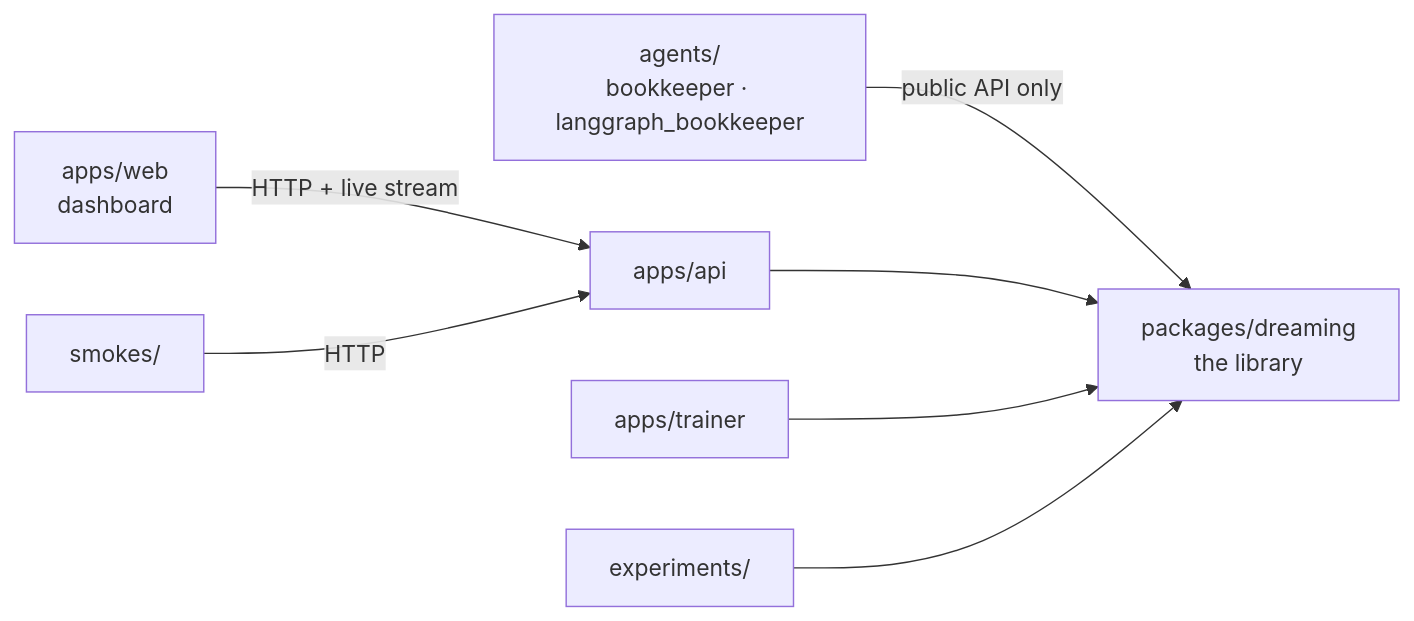
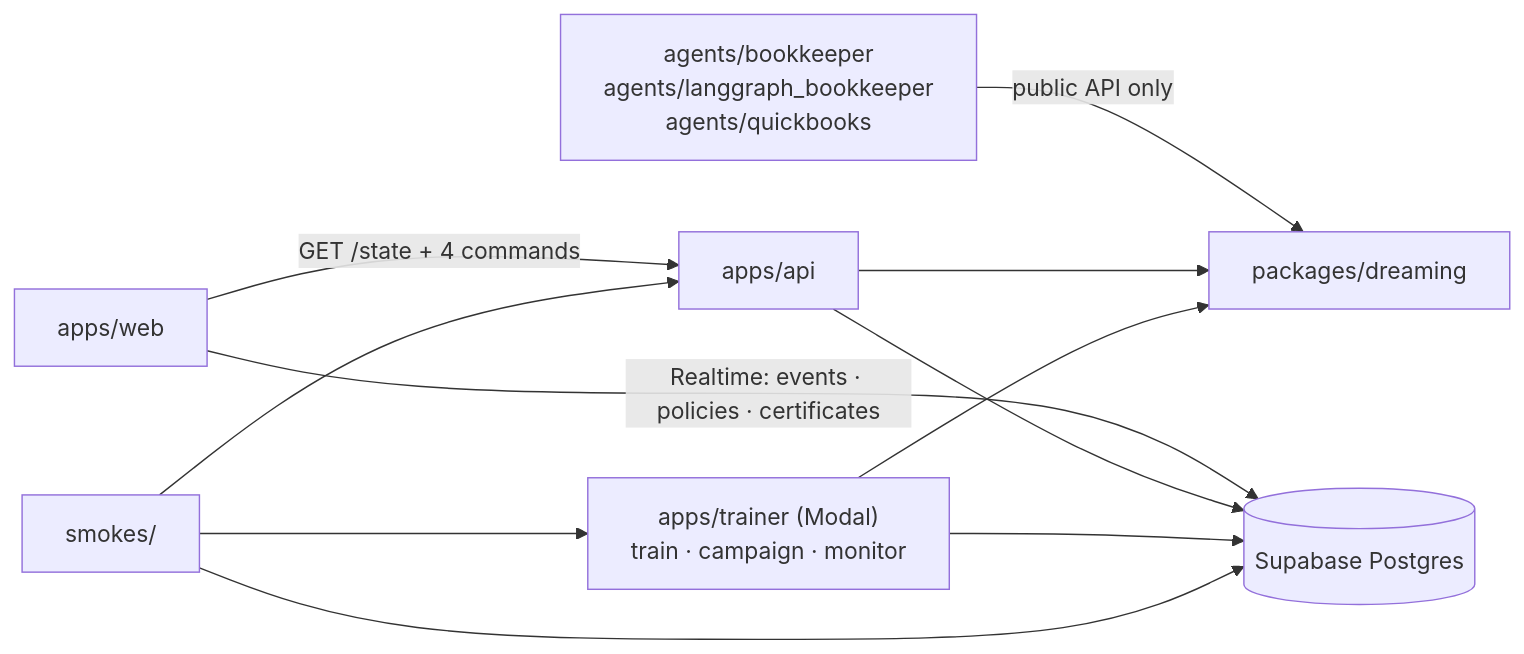
One commit to wilyan09007/Dreaming changed the diagram in mock-dir/TREE.md. Above: the diagram before and after it, drawn with Mermaid. The commit also changed other lines of this file and 8 other files, not shown here.

````diff
--- a/mock-dir/TREE.md
+++ b/mock-dir/TREE.md
@@ -19,9 +21,13 @@
 ```mermaid
 flowchart LR
-    Agents["agents/<br/>bookkeeper · langgraph_bookkeeper"] -->|public API only| Lib["packages/dreaming<br/>the library"]
+    Agents["agents/bookkeeper<br/>agents/langgraph_bookkeeper<br/>agents/quickbooks"] -->|public API only| Lib["packages/dreaming"]
     API["apps/api"] --> Lib
-    Trainer["apps/trainer"] --> Lib
-    Web["apps/web<br/>dashboard"] -->|HTTP + live stream| API
-    Experiments["experiments/"] --> Lib
-    Smokes["smokes/"] -->|HTTP| API
+    Trainer["apps/trainer (Modal)<br/>train · campaign · monitor"] --> Lib
+    Web["apps/web"] -->|GET /state + 4 commands| API
+    Web -->|Realtime: events · policies · certificates| PG[("Supabase Postgres")]
+    API --> PG
+    Trainer --> PG
+    Smokes["smokes/"] --> API
+    Smokes --> PG
+    Smokes --> Trainer
 ```
````
